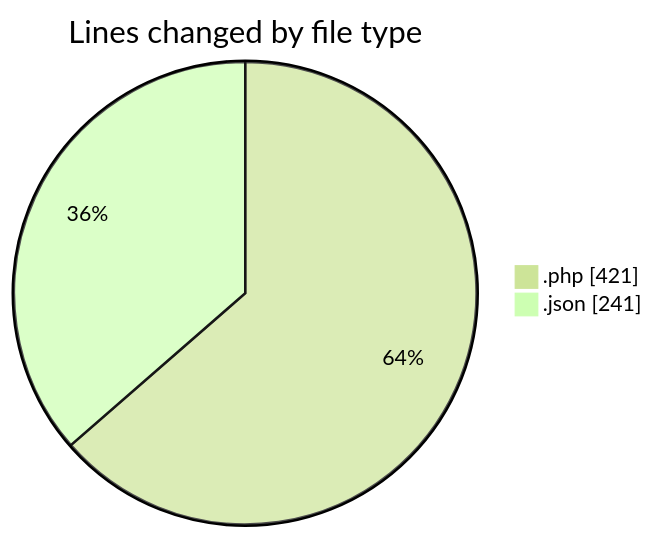
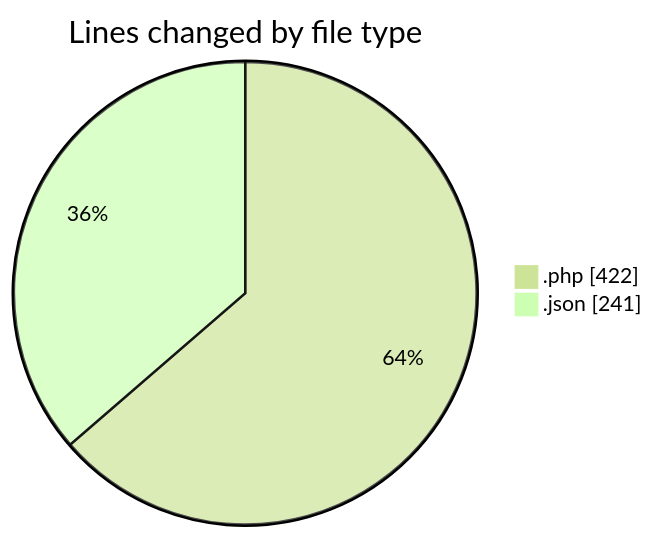
The first of 2 diagrams in 2025-03-30/autodidak/README.md (idhammustaqopulfikri/code-tracking), drawn with Mermaid (forest theme) before and after one commit. The commit also changed other lines of this file and 1 other file, not shown here.

````diff
--- a/2025-03-30/autodidak/README.md
+++ b/2025-03-30/autodidak/README.md
@@ -25,6 +25,6 @@
 ```mermaid
 pie showData
 title Lines changed by file type
-".php" : 421
+".php" : 422
 ".json" : 241
 ```
````
